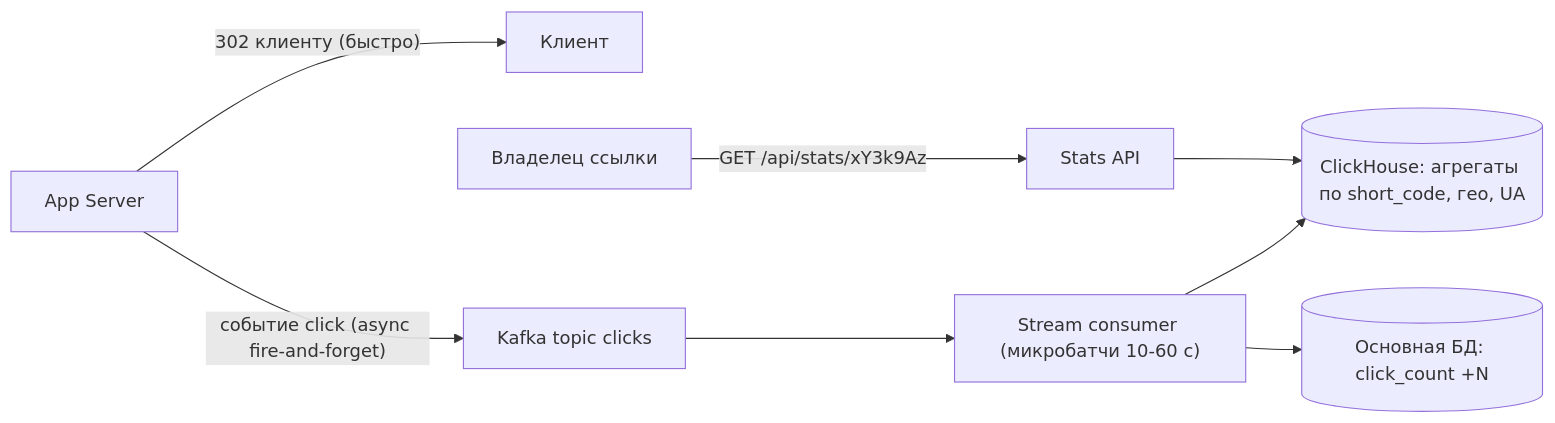
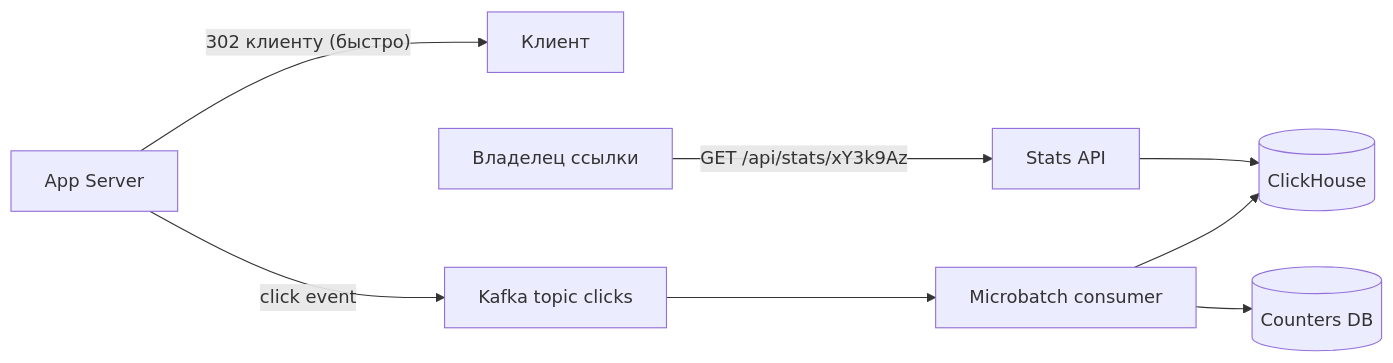
Before and after one commit to AlohaJava/system-design-interview-chamkin: the sixth of 6 diagrams in 02-case-studies/url-shortener.md, drawn with Mermaid. The commit also changed other lines of this file and 49 other files, not shown here.

````diff
--- a/02-case-studies/url-shortener.md
+++ b/02-case-studies/url-shortener.md
@@ -388,10 +393,10 @@
 ```mermaid
 flowchart LR
     App["App Server"] -->|"302 клиенту (быстро)"| Client["Клиент"]
-    App -->|"событие click (async fire-and-forget)"| Kafka["Kafka topic clicks"]
-    Kafka --> Stream["Stream consumer (микробатчи 10-60 с)"]
-    Stream --> Agg[("ClickHouse: агрегаты по short_code, гео, UA")]
-    Stream --> Main[("Основная БД: click_count +N")]
+    App -->|"click event"| Kafka["Kafka topic clicks"]
+    Kafka --> Stream["Microbatch consumer"]
+    Stream --> Agg[("ClickHouse")]
+    Stream --> Main[("Counters DB")]
     User["Владелец ссылки"] -->|"GET /api/stats/xY3k9Az"| StatsAPI["Stats API"]
     StatsAPI --> Agg
 ```
````
